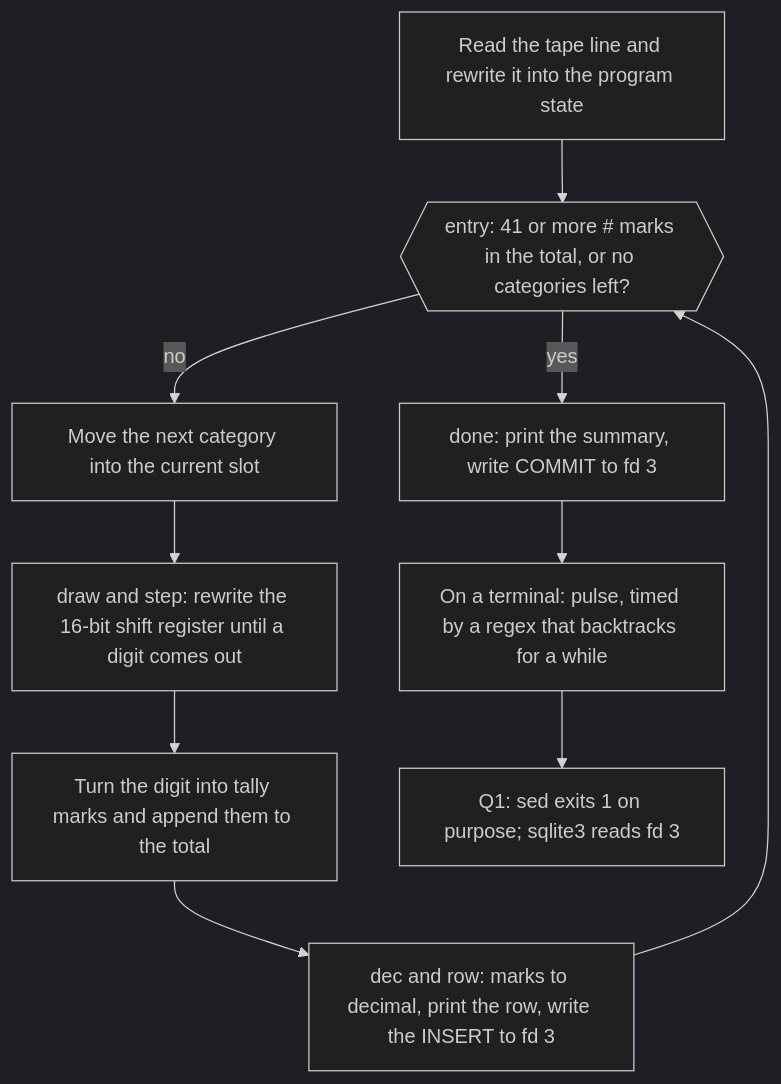
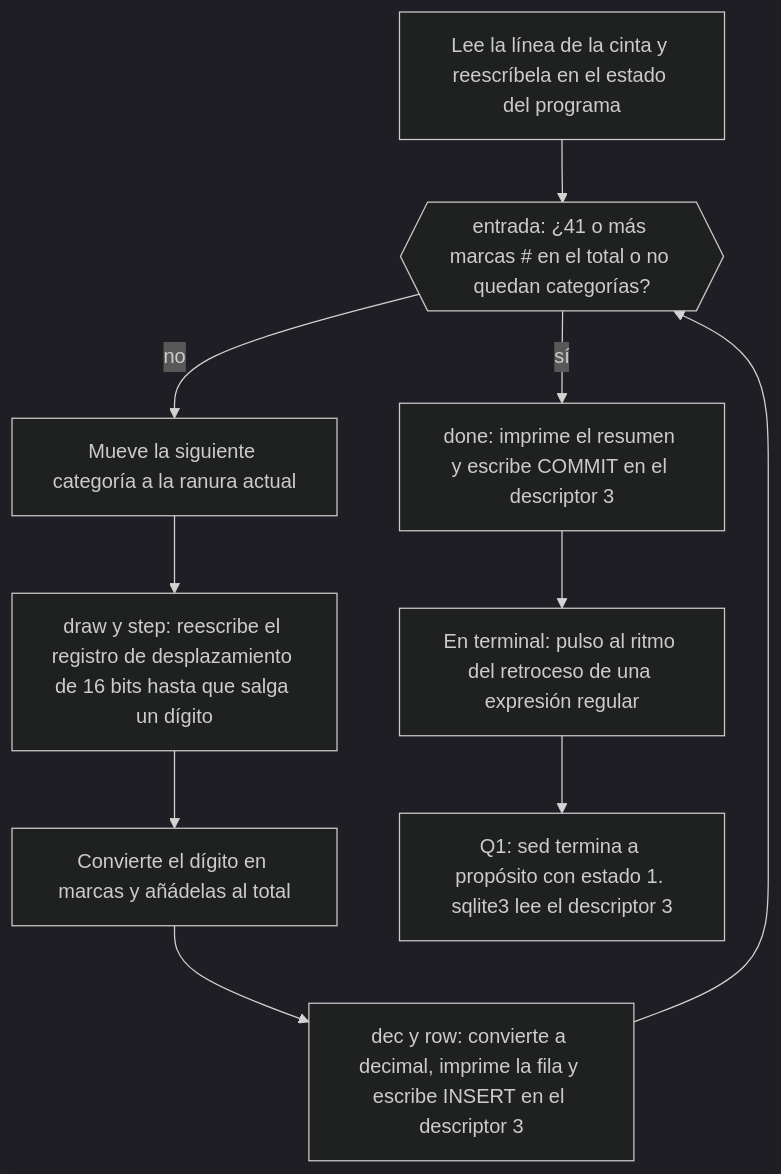
One commit to dullroar/aprende-a-programar-como-un-bicho-raro changed the third of 3 diagrams in lessons/guias-de-estudio/lenguajes/motores-de-regex-y-sed.md. Above: the diagram before and after it, drawn with Mermaid (dark theme). The commit also changed other lines of this file and 9 other files, not shown here.

Commit message:
loop(P4-lessons-study-guides-languages-11): translate regex-engines-and-sed study guide

````diff
--- a/lessons/guias-de-estudio/lenguajes/motores-de-regex-y-sed.md
+++ b/lessons/guias-de-estudio/lenguajes/motores-de-regex-y-sed.md
@@ -108,14 +108,14 @@
 ```mermaid
 flowchart TD
-    accTitle: regex-sed: one line of text, rewritten by substitutions with labels and jumps
-    accDescr: A flowchart. sed reads one tape line and rewrites it into the program state. At the label entry, two address tests decide whether to go to done: forty-one or more tally marks in the total, or no categories left. Otherwise the next category is moved to the current slot. At draw, substitutions rewrite a 16-bit shift register in the line until a digit is available. The digit becomes tally marks that are added to the total. The label dec rewrites marks into decimal. The label row prints the row and writes an INSERT to file descriptor 3. Control jumps back to entry. At done, the summary is printed and COMMIT is written to file descriptor 3. On a terminal, a catastrophic backtracking match is the clock for the pulse. sed then exits with status 1 on purpose.
-    A["Read the tape line and rewrite it into the program state"] --> B{{"entry: 41 or more # marks in the total, or no categories left?"}}
-    B -->|no| C["Move the next category into the current slot"]
-    C --> D["draw and step: rewrite the 16-bit shift register until a digit comes out"]
-    D --> E["Turn the digit into tally marks and append them to the total"]
-    E --> F["dec and row: marks to decimal, print the row, write the INSERT to fd 3"]
+    accTitle: regex-sed: una línea de texto, reescrita por sustituciones con etiquetas y saltos
+    accDescr: Un diagrama de flujo. sed lee una línea de cinta y la reescribe para formar el estado del programa. En la etiqueta de entrada entry, dos pruebas de dirección deciden si saltar a done: el total tiene cuarenta y una marcas de conteo o más, o no quedan categorías. Si ninguna se cumple, la siguiente categoría pasa a la posición actual. En draw, las sustituciones reescriben un registro de desplazamiento de 16 bits en la línea hasta que hay un dígito disponible. El dígito se convierte en marcas de conteo que se suman al total. La etiqueta dec reescribe las marcas en decimal. En la etiqueta row, sed imprime la fila y escribe un INSERT en el descriptor de archivo 3. El control vuelve a la etiqueta entry. En done, sed imprime el resumen y escribe COMMIT en el descriptor de archivo 3. En una terminal, una coincidencia con retroceso catastrófico hace de reloj para el pulso. Luego sed termina a propósito con estado de salida 1.
+    A["Lee la línea de la cinta y reescríbela en el estado del programa"] --> B{{"entrada: ¿41 o más marcas # en el total o no quedan categorías?"}}
+    B -->|no| C["Mueve la siguiente categoría a la ranura actual"]
+    C --> D["draw y step: reescribe el registro de desplazamiento de 16 bits hasta que salga un dígito"]
+    D --> E["Convierte el dígito en marcas y añádelas al total"]
+    E --> F["dec y row: convierte a decimal, imprime la fila y escribe INSERT en el descriptor 3"]
     F --> B
-    B -->|yes| G["done: print the summary, write COMMIT to fd 3"]
-    G --> H["On a terminal: pulse, timed by a regex that backtracks for a while"]
-    H --> I["Q1: sed exits 1 on purpose; sqlite3 reads fd 3"]
+    B -->|sí| G["done: imprime el resumen y escribe COMMIT en el descriptor 3"]
+    G --> H["En terminal: pulso al ritmo del retroceso de una expresión regular"]
+    H --> I["Q1: sed termina a propósito con estado 1. sqlite3 lee el descriptor 3"]
 ```
````
